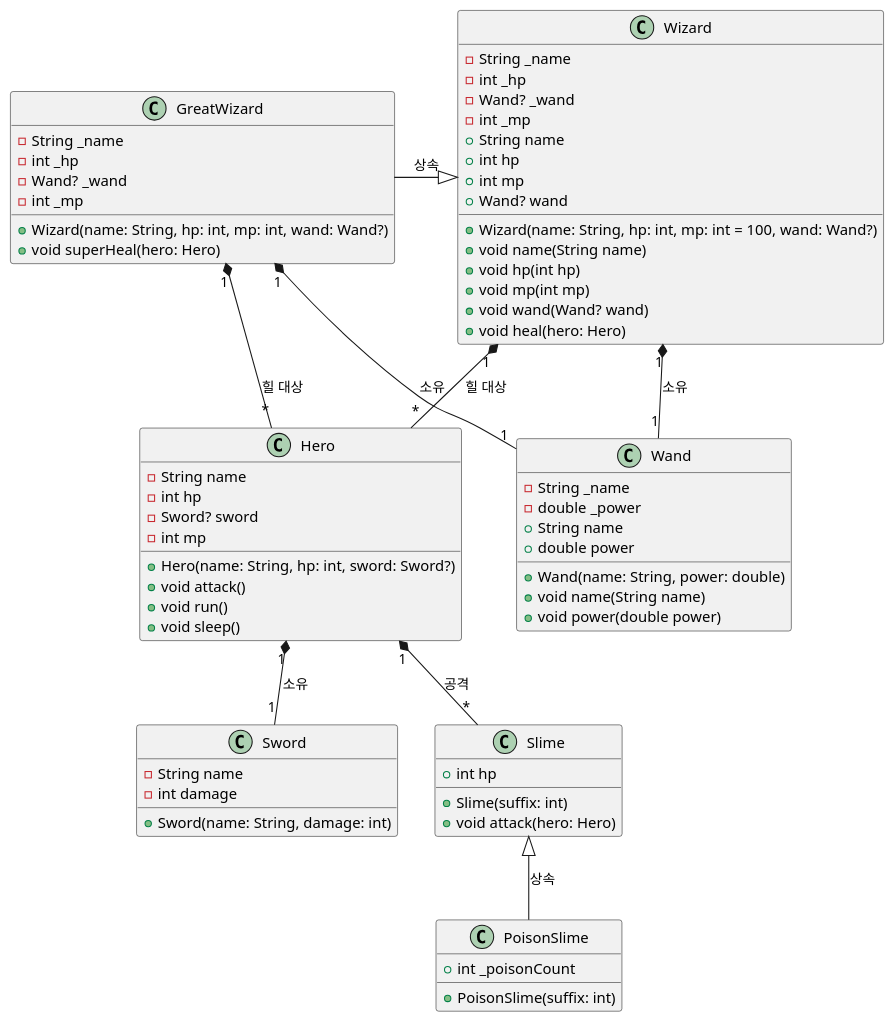
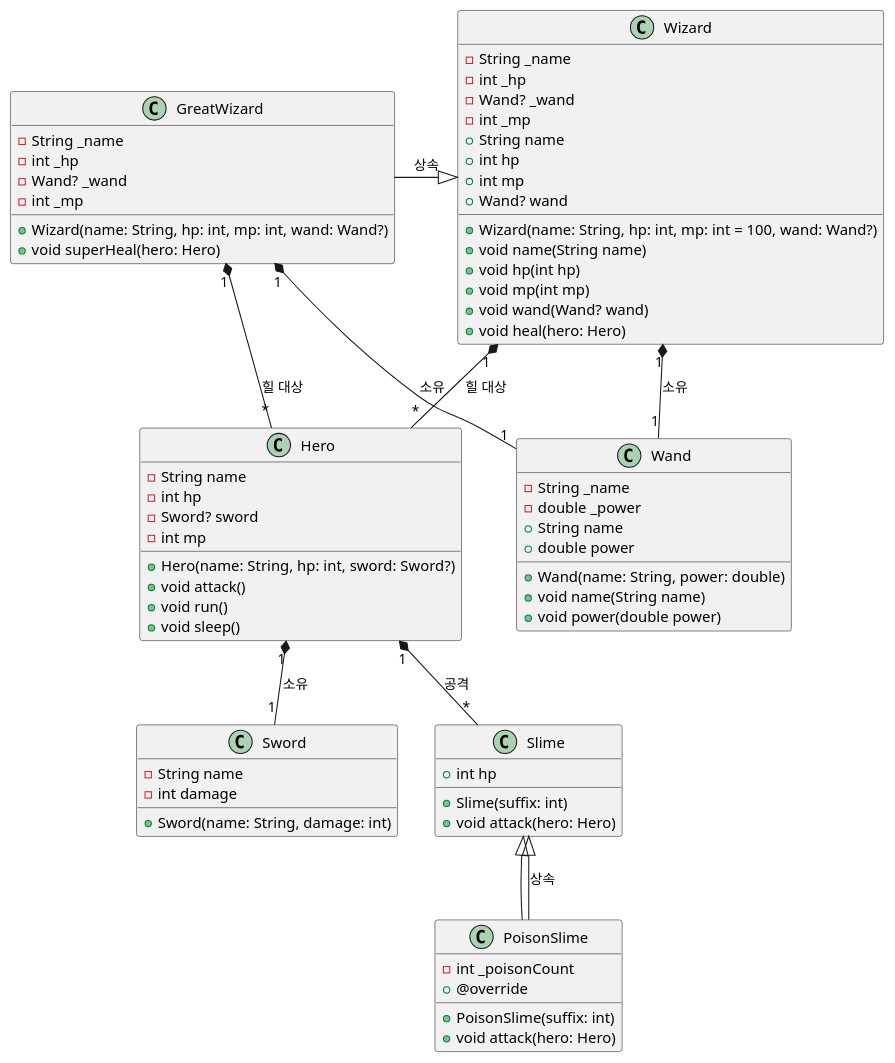
One commit to SurvivalCodingCampus/modu-3-dart-study changed the diagram in assignments/2025-03-18/assignments_uml.wsd. Above: the diagram before and after it, drawn with PlantUML.

Commit message:
FIX: assignments_uml.wsd

```diff
--- a/assignments/2025-03-18/assignments_uml.wsd
+++ b/assignments/2025-03-18/assignments_uml.wsd
@@ -1,81 +1,84 @@
 @startuml
 
 class Hero {
   - String name
   - int hp
   - Sword? sword
   - int mp
   + Hero(name: String, hp: int, sword: Sword?)
   + void attack()
   + void run()
   + void sleep()
 }
 
 class Sword {
   - String name
   - int damage
   + Sword(name: String, damage: int)
 }
 
 class Slime {
   + int hp
   + Slime(suffix: int)
   + void attack(hero: Hero)
 }
 
-class PoisonSlime {
-  + int _poisonCount
+
+class PoisonSlime extends Slime {
+ - int _poisonCount
   + PoisonSlime(suffix: int)
+  + @override
+  + void attack(hero: Hero)
 }
 
 
 class Wizard {
   - String _name
   - int _hp
   - Wand? _wand
   - int _mp
   + Wizard(name: String, hp: int, mp: int = 100, wand: Wand?)
   + String name
   + int hp
   + int mp
   + Wand? wand
   + void name(String name)
   + void hp(int hp)
   + void mp(int mp)
   + void wand(Wand? wand)
   + void heal(hero: Hero)
 }
 
 class Wand {
   - String _name
   - double _power
   + Wand(name: String, power: double)
   + String name
   + double power
   + void name(String name)
   + void power(double power)
 }
 
 
 class GreatWizard {
   - String _name
   - int _hp
   - Wand? _wand
   - int _mp
   + Wizard(name: String, hp: int, mp: int, wand: Wand?)
   + void superHeal(hero: Hero)
 }
 
 ' 관계 정의
 
 Hero "1" *-- "1" Sword : 소유
 Hero "1" *-- "*" Slime : 공격
 Slime <|-- PoisonSlime : 상속
 GreatWizard -|> Wizard : 상속
 Wizard "1" *-- "1" Wand : 소유
 Wizard "1" *-- "*" Hero : 힐 대상
 GreatWizard "1" *-- "1" Wand : 소유
 GreatWizard "1" *-- "*" Hero : 힐 대상
 
 
 @enduml
```
